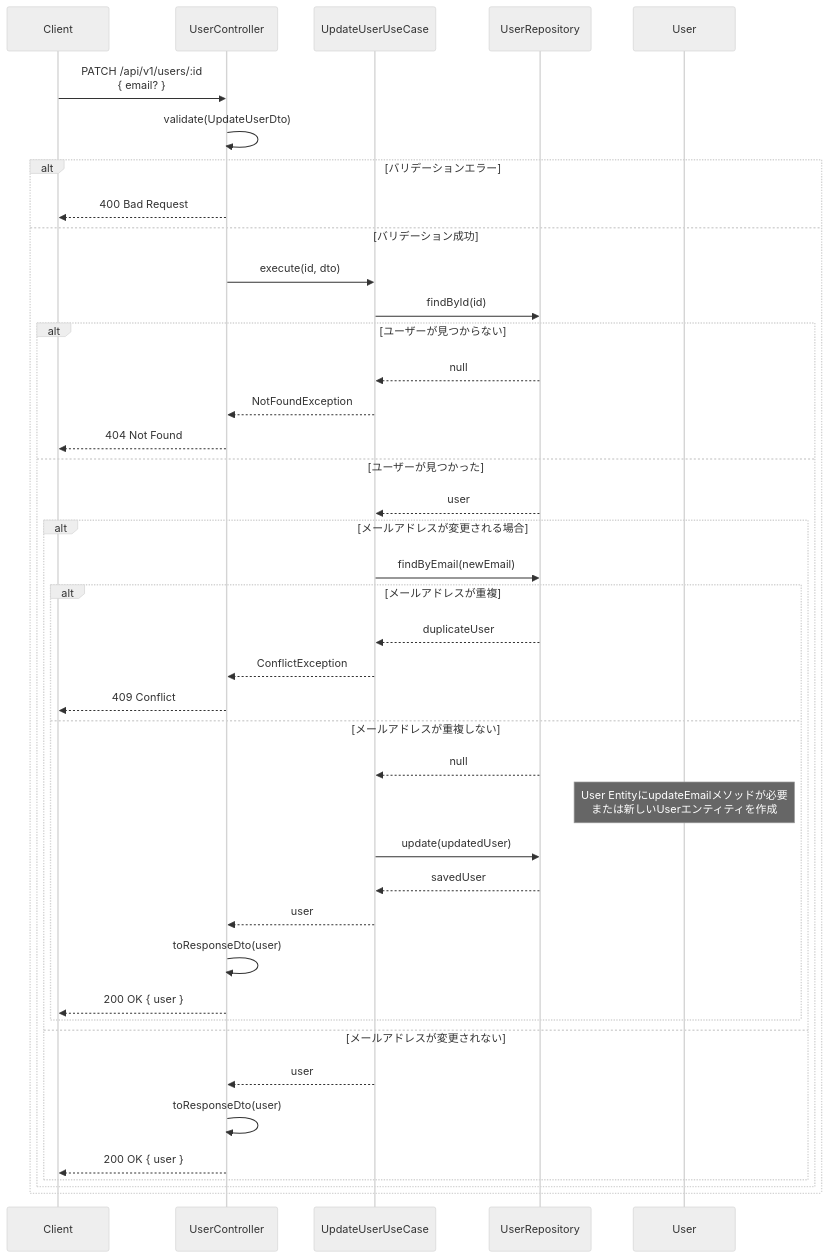
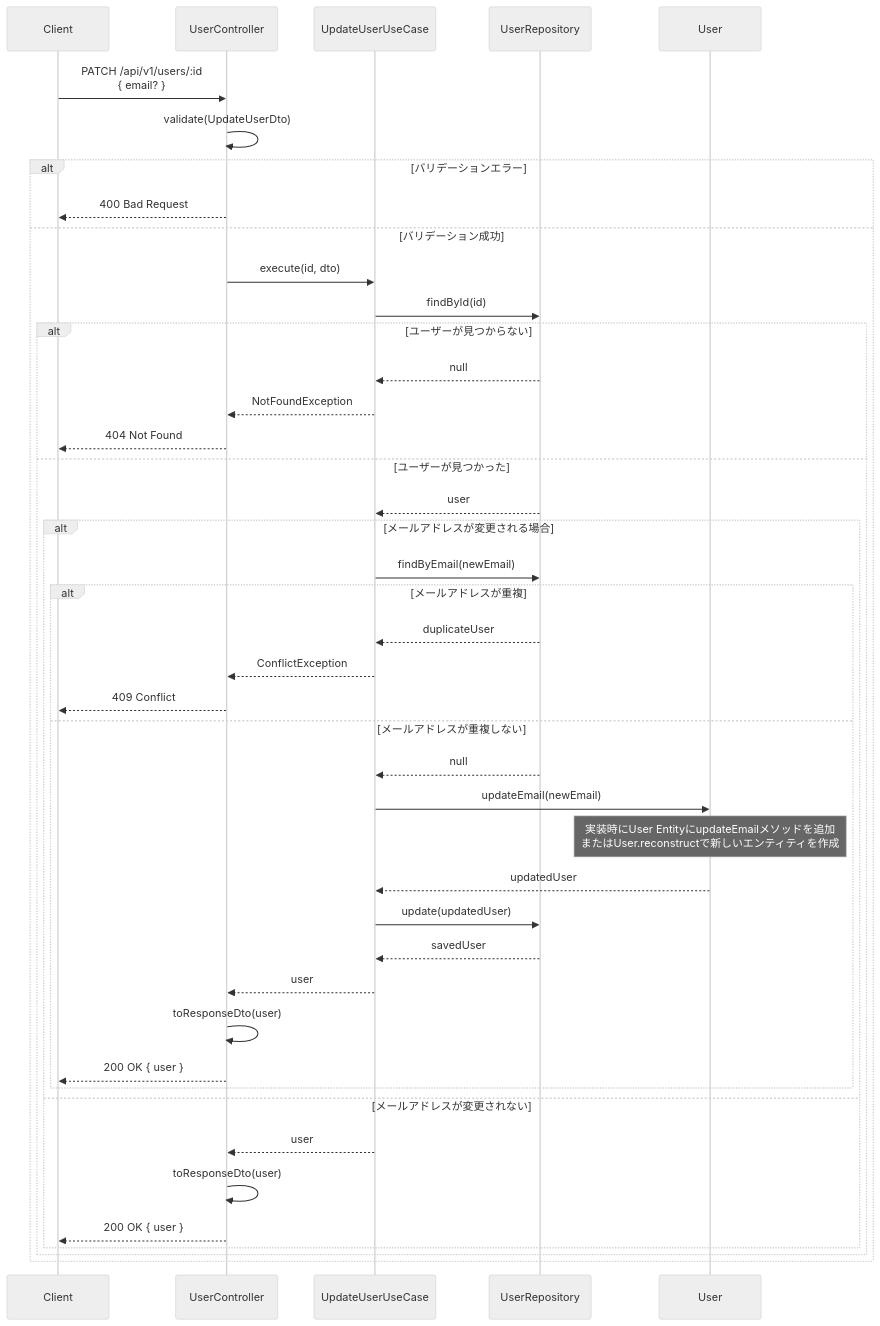
The second of 6 diagrams in docs/detailed-design/MWD-35_user-management/sequence-diagrams.md (kencom2400/MrWebDefence-Console), drawn with Mermaid (neutral theme) before and after one commit. The commit also changed other lines of this file and 3 other files, not shown here.

````diff
--- a/docs/detailed-design/MWD-35_user-management/sequence-diagrams.md
+++ b/docs/detailed-design/MWD-35_user-management/sequence-diagrams.md
@@ -49,51 +49,54 @@
 ```mermaid
 sequenceDiagram
     participant Client
     participant UserController
     participant UpdateUserUseCase
     participant UserRepository
     participant User
 
     Client->>UserController: PATCH /api/v1/users/:id<br/>{ email? }
     UserController->>UserController: validate(UpdateUserDto)
     
     alt バリデーションエラー
         UserController-->>Client: 400 Bad Request
     else バリデーション成功
         UserController->>UpdateUserUseCase: execute(id, dto)
         
         UpdateUserUseCase->>UserRepository: findById(id)
         
         alt ユーザーが見つからない
             UserRepository-->>UpdateUserUseCase: null
             UpdateUserUseCase-->>UserController: NotFoundException
             UserController-->>Client: 404 Not Found
         else ユーザーが見つかった
             UserRepository-->>UpdateUserUseCase: user
             
             alt メールアドレスが変更される場合
                 UpdateUserUseCase->>UserRepository: findByEmail(newEmail)
                 
                 alt メールアドレスが重複
                     UserRepository-->>UpdateUserUseCase: duplicateUser
                     UpdateUserUseCase-->>UserController: ConflictException
                     UserController-->>Client: 409 Conflict
                 else メールアドレスが重複しない
                     UserRepository-->>UpdateUserUseCase: null
                     
-                    Note over User: User EntityにupdateEmailメソッドが必要<br/>または新しいUserエンティティを作成
+                    UpdateUserUseCase->>User: updateEmail(newEmail)
+                    Note over User: 実装時にUser EntityにupdateEmailメソッドを追加<br/>またはUser.reconstructで新しいエンティティを作成
+                    User-->>UpdateUserUseCase: updatedUser
+                    
                     UpdateUserUseCase->>UserRepository: update(updatedUser)
                     UserRepository-->>UpdateUserUseCase: savedUser
                     
                     UpdateUserUseCase-->>UserController: user
                     UserController->>UserController: toResponseDto(user)
                     UserController-->>Client: 200 OK { user }
                 end
             else メールアドレスが変更されない
                 UpdateUserUseCase-->>UserController: user
                 UserController->>UserController: toResponseDto(user)
                 UserController-->>Client: 200 OK { user }
             end
         end
     end
 ```
````
